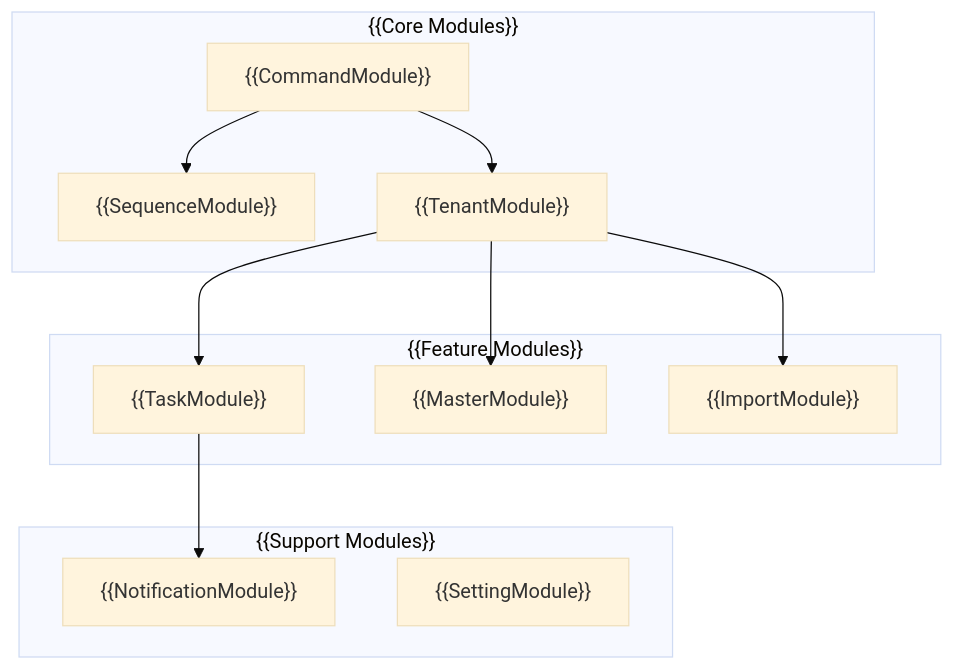
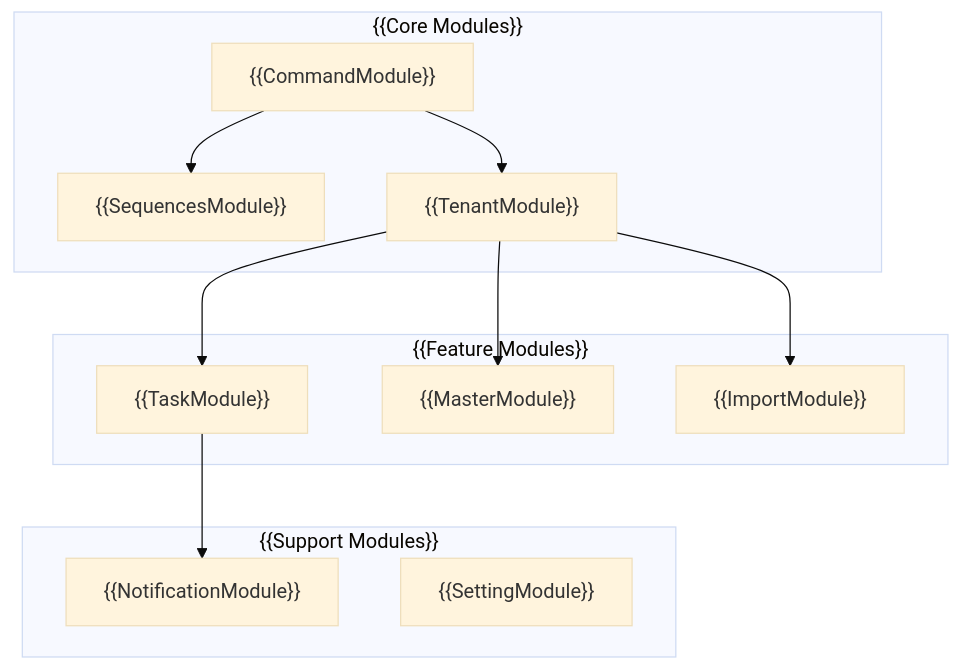
Before and after one commit to mbc-net/mbc-cqrs-serverless-doc: the diagram in docs/api-reference.md, drawn with Mermaid (base theme). The commit also changed 31 other files, not shown here.

First line of the commit message:
docs: fix fabricated APIs in example docs (sequence, master, data sync)

````diff
--- a/docs/api-reference.md
+++ b/docs/api-reference.md
@@ -11,26 +11,26 @@
 ```mermaid
 graph TB
     subgraph "{{Core Modules}}"
         A["{{CommandModule}}"]
-        B["{{SequenceModule}}"]
+        B["{{SequencesModule}}"]
         C["{{TenantModule}}"]
     end
 
     subgraph "{{Feature Modules}}"
         D["{{TaskModule}}"]
         E["{{MasterModule}}"]
         F["{{ImportModule}}"]
     end
 
     subgraph "{{Support Modules}}"
         G["{{NotificationModule}}"]
         H["{{SettingModule}}"]
     end
 
     A --> B
     A --> C
     C --> D
     C --> E
     C --> F
     D --> G
 ```
````
